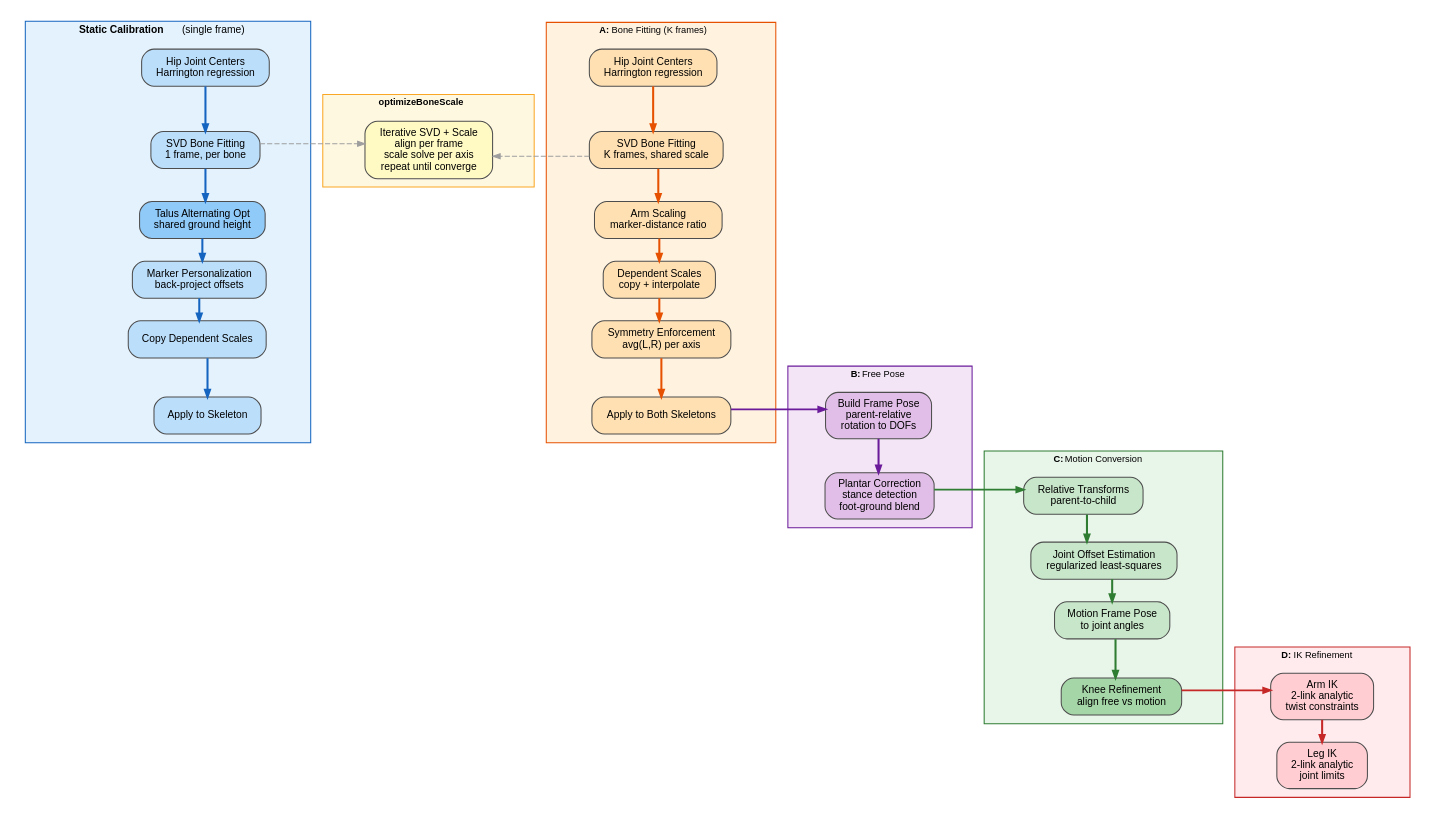
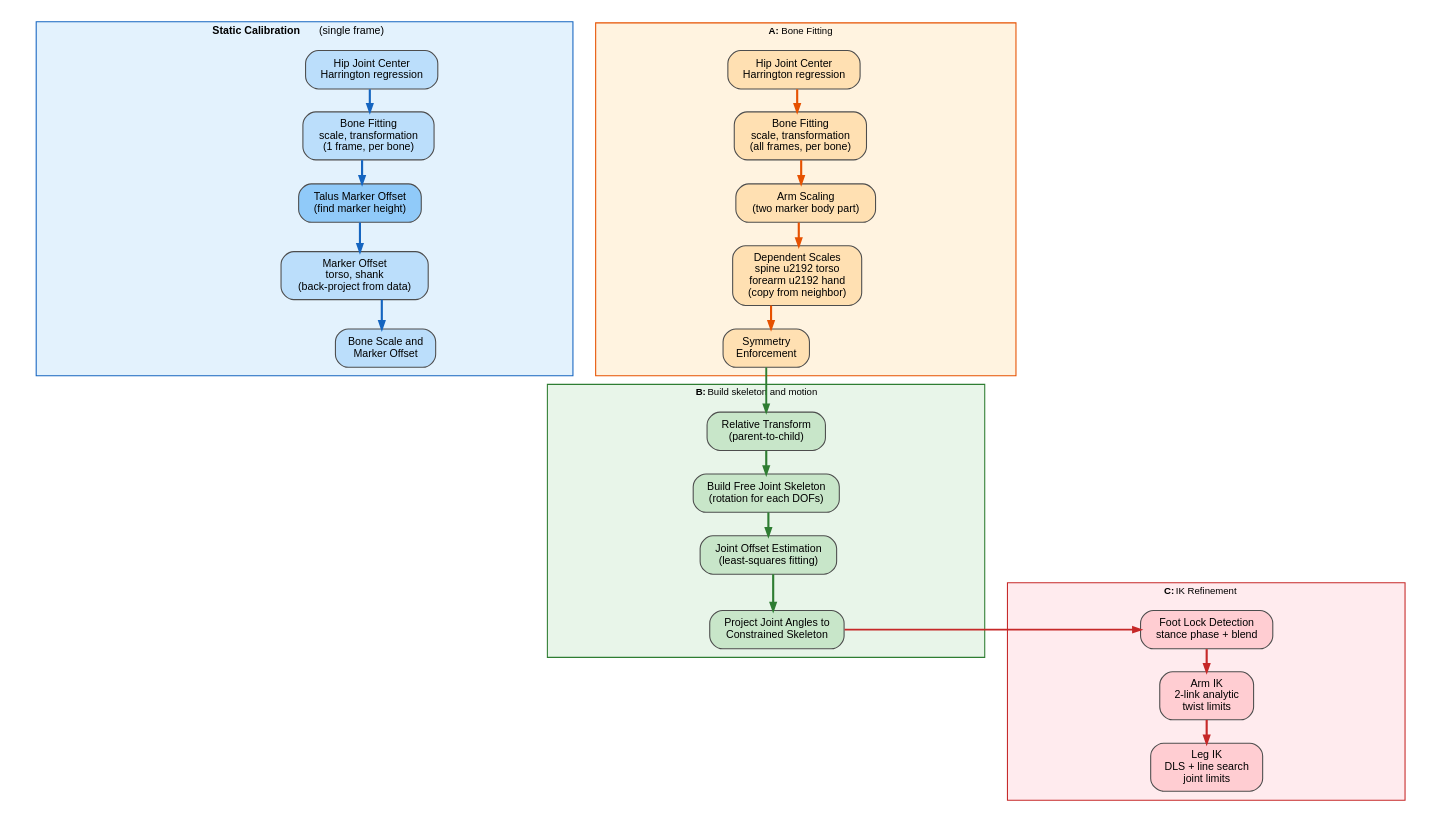
One commit to DaebangStn/BidirectionalGaitNet changed the diagram in plot/dot/c3d_calibration_cli.dot. Above: the diagram before and after it, drawn with Graphviz. The commit also changed 10 other files, not shown here.

Commit message:
feat: c3d process figure

```diff
--- a/plot/dot/c3d_calibration_cli.dot
+++ b/plot/dot/c3d_calibration_cli.dot
@@ -1,139 +1,104 @@
 // Static & Dynamic Calibration Algorithms
-// Static vertical (left) | Dynamic staircase (right, A->B->C->D)
+// Static vertical (left) | Dynamic horizontal stages (right, A→B→C)
 digraph c3d_calibration_algorithms {
     rankdir=TB;
     splines=ortho;
     nodesep=0.3;
     ranksep=0.3;
     fontname="Helvetica";
     newrank=true;
     size="16,9!";
     ratio="fill";
 
     node [
         shape=box, style="rounded,filled", fillcolor="white", color="gray30",
         fontname="Helvetica", fontsize=10, margin="0.12,0.08"
     ];
     edge [
         color="gray30", penwidth=1.2, arrowsize=0.7,
         fontname="Helvetica", fontsize=8
     ];
 
     // ============================================================
     // STATIC (left column, vertical)
     // ============================================================
     subgraph cluster_static {
         style=filled; fillcolor="#E3F2FD"; color="#1565C0"; penwidth=1.0;
         label=<<font point-size="10"><b>Static Calibration</b> (single frame)</font>>;
 
-        s_hip [label="Hip Joint Centers\nHarrington regression", fillcolor="#BBDEFB"];
-        s_svd [label="SVD Bone Fitting\n1 frame, per bone", fillcolor="#BBDEFB"];
-        s_talus [label="Talus Alternating Opt\nshared ground height", fillcolor="#90CAF9"];
-        s_person [label="Marker Personalization\nback-project offsets", fillcolor="#BBDEFB"];
-        s_dep [label="Copy Dependent Scales", fillcolor="#BBDEFB"];
-        s_apply [label="Apply to Skeleton", fillcolor="#BBDEFB"];
+        s_hip [label="Hip Joint Center\nHarrington regression", fillcolor="#BBDEFB"];
+        s_svd [label="Bone Fitting\nscale, transformation\n(1 frame, per bone)", fillcolor="#BBDEFB"];
+        s_talus [label="Talus Marker Offset\n(find marker height)", fillcolor="#90CAF9"];
+        s_marker [label="Marker Offset\ntorso, shank\n(back-project from data)", fillcolor="#BBDEFB"];
+        s_result [label="Bone Scale and\nMarker Offset", fillcolor="#BBDEFB"];
 
-        s_hip -> s_svd -> s_talus -> s_person -> s_dep -> s_apply
+        s_hip -> s_svd -> s_talus -> s_marker -> s_result
             [penwidth=2.0, color="#1565C0"];
-    }
-
-    // ============================================================
-    // SHARED CORE
-    // ============================================================
-    subgraph cluster_core {
-        style=filled; fillcolor="#FFF8E1"; color="#F9A825"; penwidth=1.0;
-        label=<<font point-size="9"><b>optimizeBoneScale</b></font>>;
-        core [label="Iterative SVD + Scale\nalign per frame\nscale solve per axis\nrepeat until converge", fillcolor="#FFF9C4"];
     }
 
     // ============================================================
     // DYNAMIC A: Bone Fitting
     // ============================================================
     subgraph cluster_dyn_a {
         style=filled; fillcolor="#FFF3E0"; color="#E65100"; penwidth=1.0;
-        label=<<font point-size="9"><b>A:</b> Bone Fitting (K frames)</font>>;
+        label=<<font point-size="9"><b>A:</b> Bone Fitting</font>>;
 
-        d_hip [label="Hip Joint Centers\nHarrington regression", fillcolor="#FFE0B2"];
-        d_svd [label="SVD Bone Fitting\nK frames, shared scale", fillcolor="#FFE0B2"];
-        d_arm [label="Arm Scaling\nmarker-distance ratio", fillcolor="#FFE0B2"];
-        d_dep [label="Dependent Scales\ncopy + interpolate", fillcolor="#FFE0B2"];
-        d_sym [label="Symmetry Enforcement\navg(L,R) per axis", fillcolor="#FFE0B2"];
-        d_apply [label="Apply to Both Skeletons", fillcolor="#FFE0B2"];
+        d_hip [label="Hip Joint Center\nHarrington regression", fillcolor="#FFE0B2"];
+        d_svd [label="Bone Fitting\nscale, transformation\n(all frames, per bone)", fillcolor="#FFE0B2"];
+        d_arm [label="Arm Scaling\n(two marker body part)", fillcolor="#FFE0B2"];
+        d_dep [label="Dependent Scales\nspine \u2192 torso\nforearm \u2192 hand\n(copy from neighbor)", fillcolor="#FFE0B2"];
+        d_sym [label="Symmetry\nEnforcement", fillcolor="#FFE0B2"];
 
-        d_hip -> d_svd -> d_arm -> d_dep -> d_sym -> d_apply
+        d_hip -> d_svd -> d_arm -> d_dep -> d_sym
             [penwidth=2.0, color="#E65100"];
     }
 
     // ============================================================
-    // DYNAMIC B: Free Pose
+    // DYNAMIC B: Build skeleton and motion
     // ============================================================
     subgraph cluster_dyn_b {
-        style=filled; fillcolor="#F3E5F5"; color="#6A1B9A"; penwidth=1.0;
-        label=<<font point-size="9"><b>B:</b> Free Pose</font>>;
+        style=filled; fillcolor="#E8F5E9"; color="#2E7D32"; penwidth=1.0;
+        label=<<font point-size="9"><b>B:</b> Build skeleton and motion</font>>;
 
-        d_build [label="Build Frame Pose\nparent-relative\nrotation to DOFs", fillcolor="#E1BEE7"];
-        d_talus [label="Plantar Correction\nstance detection\nfoot-ground blend", fillcolor="#E1BEE7"];
+        d_rel [label="Relative Transform\n(parent-to-child)", fillcolor="#C8E6C9"];
+        d_free [label="Build Free Joint Skeleton\n(rotation for each DOFs)", fillcolor="#C8E6C9"];
+        d_offset [label="Joint Offset Estimation\n(least-squares fitting)", fillcolor="#C8E6C9"];
+        d_project [label="Project Joint Angles to\nConstrained Skeleton", fillcolor="#C8E6C9"];
 
-        d_build -> d_talus [penwidth=2.0, color="#6A1B9A"];
+        d_rel -> d_free -> d_offset -> d_project
+            [penwidth=2.0, color="#2E7D32"];
     }
 
     // ============================================================
-    // DYNAMIC C: Motion Conversion
+    // DYNAMIC C: IK Refinement
     // ============================================================
     subgraph cluster_dyn_c {
-        style=filled; fillcolor="#E8F5E9"; color="#2E7D32"; penwidth=1.0;
-        label=<<font point-size="9"><b>C:</b> Motion Conversion</font>>;
+        style=filled; fillcolor="#FFEBEE"; color="#C62828"; penwidth=1.0;
+        label=<<font point-size="9"><b>C:</b> IK Refinement</font>>;
 
-        d_rel [label="Relative Transforms\nparent-to-child", fillcolor="#C8E6C9"];
-        d_offset [label="Joint Offset Estimation\nregularized least-squares", fillcolor="#C8E6C9"];
-        d_mpose [label="Motion Frame Pose\nto joint angles", fillcolor="#C8E6C9"];
-        d_knee [label="Knee Refinement\nalign free vs motion", fillcolor="#A5D6A7"];
+        d_foot [label="Foot Lock Detection\nstance phase + blend", fillcolor="#FFCDD2"];
+        d_arm_ik [label="Arm IK\n2-link analytic\ntwist limits", fillcolor="#FFCDD2"];
+        d_leg_ik [label="Leg IK\nDLS + line search\njoint limits", fillcolor="#FFCDD2"];
 
-        d_rel -> d_offset -> d_mpose -> d_knee [penwidth=2.0, color="#2E7D32"];
+        d_foot -> d_arm_ik -> d_leg_ik
+            [penwidth=2.0, color="#C62828"];
     }
-
-    // ============================================================
-    // DYNAMIC D: IK Refinement
-    // ============================================================
-    subgraph cluster_dyn_d {
-        style=filled; fillcolor="#FFEBEE"; color="#C62828"; penwidth=1.0;
-        label=<<font point-size="9"><b>D:</b> IK Refinement</font>>;
-
-        d_arm_ik [label="Arm IK\n2-link analytic\ntwist constraints", fillcolor="#FFCDD2"];
-        d_leg_ik [label="Leg IK\n2-link analytic\njoint limits", fillcolor="#FFCDD2"];
-
-        d_arm_ik -> d_leg_ik [penwidth=2.0, color="#C62828"];
-    }
-
-    // ============================================================
-    // Dashed links to shared core
-    // ============================================================
-    s_svd -> core [penwidth=1.0, color="#9E9E9E", style=dashed, constraint=false];
-    d_svd -> core [penwidth=1.0, color="#9E9E9E", style=dashed, constraint=false];
 
     // ============================================================
     // Inter-stage flow arrows
     // ============================================================
-    d_apply -> d_build [penwidth=1.8, color="#6A1B9A", style=bold];
-    d_talus -> d_rel [penwidth=1.8, color="#2E7D32", style=bold];
-    d_knee -> d_arm_ik [penwidth=1.8, color="#C62828", style=bold];
+    d_sym -> d_rel [penwidth=1.8, color="#2E7D32", style=bold];
+    d_project -> d_foot [penwidth=1.8, color="#C62828", style=bold];
 
     // ============================================================
-    // Staircase layout: each stage starts where previous ends
+    // Layout alignment
     // ============================================================
     {rank=same; s_hip; d_hip;}
-    {rank=same; s_svd; core; d_svd;}
-    {rank=same; s_dep; d_sym;}
-    {rank=same; s_apply; d_apply; d_build;}
-    {rank=same; d_talus; d_rel;}
-    {rank=same; d_knee; d_arm_ik;}
+    {rank=same; s_svd; d_svd;}
+    {rank=same; s_result; d_sym;}
+    {rank=same; d_project; d_foot;}
 
     // Force left-to-right ordering within rows
     s_hip -> d_hip [style=invis];
-    s_svd -> core [style=invis];
-    core -> d_svd [style=invis];
-    s_apply -> d_apply [style=invis];
-    d_apply -> d_build [style=invis];
-    d_talus -> d_rel [style=invis];
-    d_knee -> d_arm_ik [style=invis];
+    s_result -> d_sym [style=invis];
 }
```
